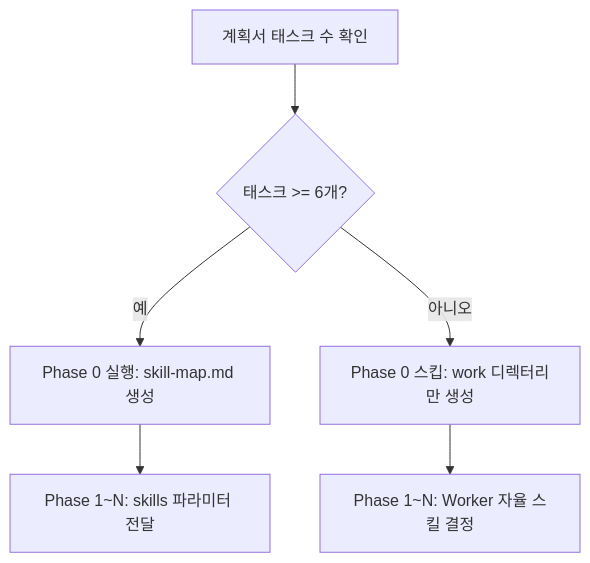
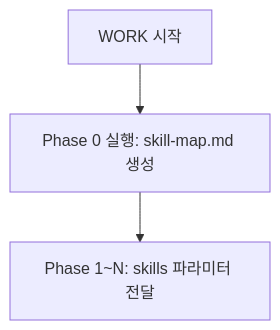
Before and after one commit to KoreanLeeChangHyun/claude-workflow: the diagram in .claude/skills/workflow-orchestration/step3-work.md, drawn with Mermaid. The commit also changed other lines of this file and 8 other files, not shown here.

````diff
--- a/.claude/skills/workflow-orchestration/step3-work.md
+++ b/.claude/skills/workflow-orchestration/step3-work.md
@@ -74,8 +73,5 @@
 ```mermaid
 flowchart TD
-    START[계획서 태스크 수 확인] --> Q1{태스크 >= 6개?}
-    Q1 -->|예| P0[Phase 0 실행: skill-map.md 생성]
-    Q1 -->|아니오| SKIP[Phase 0 스킵: work 디렉터리만 생성]
+    START[WORK 시작] --> P0[Phase 0 실행: skill-map.md 생성]
     P0 --> P1[Phase 1~N: skills 파라미터 전달]
-    SKIP --> P1_AUTO[Phase 1~N: Worker 자율 스킬 결정]
 ```
````
